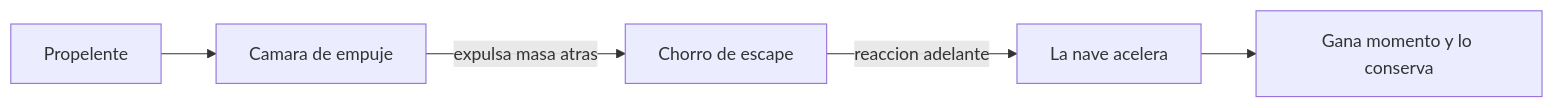
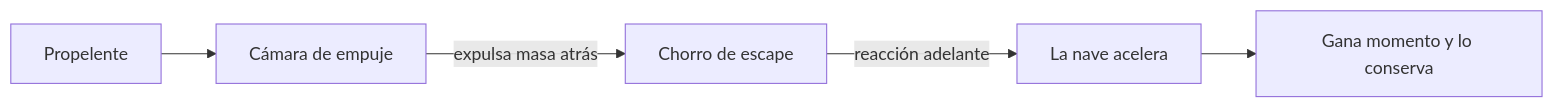
The second of 3 diagrams in vehiculos-fantasticos/caza-estelar/operacion/sistemas-mecanicos-caza-estelar.md (vladimiracunadev-create/machine-operator-program), drawn with Mermaid before and after one commit. The commit also changed other lines of this file and 442 other files, not shown here.

````diff
--- a/vehiculos-fantasticos/caza-estelar/operacion/sistemas-mecanicos-caza-estelar.md
+++ b/vehiculos-fantasticos/caza-estelar/operacion/sistemas-mecanicos-caza-estelar.md
@@ -54,7 +54,7 @@
 ```mermaid
 flowchart LR
-    Prop[Propelente] --> Camara[Camara de empuje]
-    Camara -->|expulsa masa atras| Chorro[Chorro de escape]
-    Chorro -->|reaccion adelante| Nave[La nave acelera]
+    Prop[Propelente] --> Camara[Cámara de empuje]
+    Camara -->|expulsa masa atrás| Chorro[Chorro de escape]
+    Chorro -->|reacción adelante| Nave[La nave acelera]
     Nave --> Momento[Gana momento y lo conserva]
 ```
````
